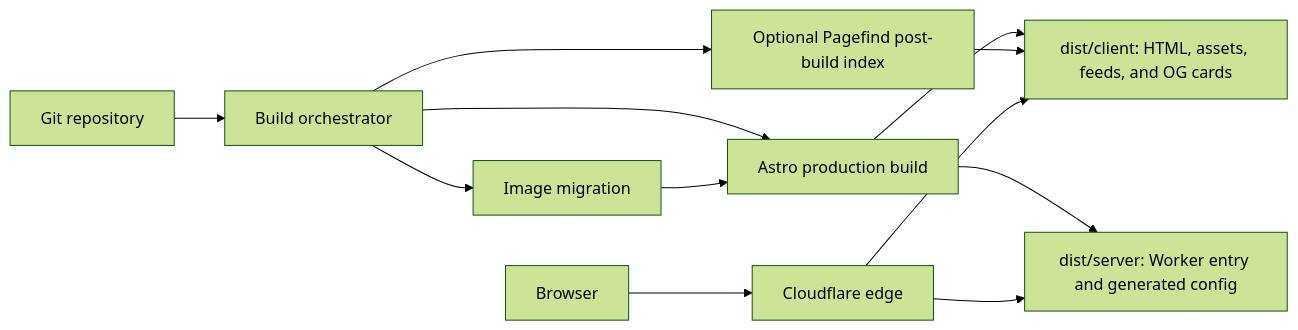
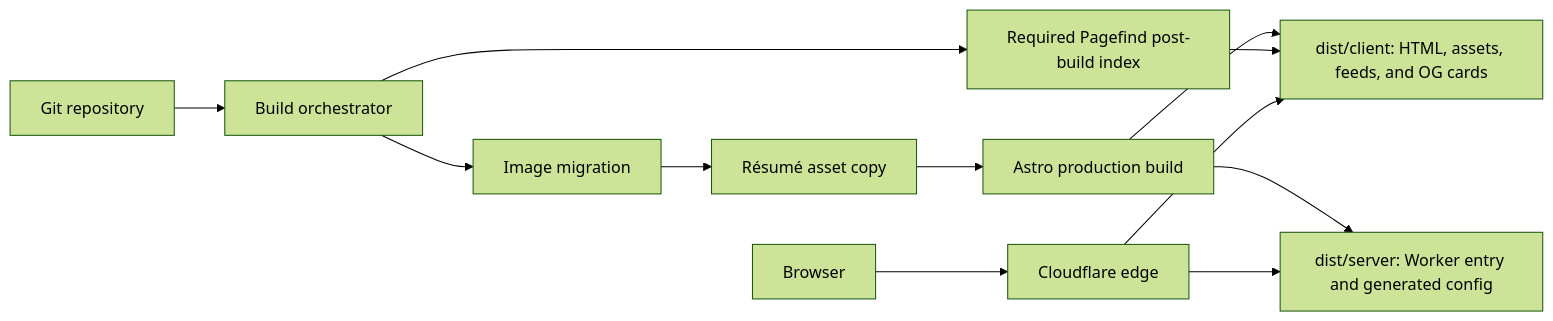
Before and after one commit to piyush97/PiyushMehta.com: the first of 5 diagrams in docs/architecture/system-architecture.md, drawn with Mermaid (forest theme). The commit also changed other lines of this file and 53 other files, not shown here.

````diff
--- a/docs/architecture/system-architecture.md
+++ b/docs/architecture/system-architecture.md
@@ -68,14 +67,14 @@
 ```mermaid
 flowchart LR
   A[Git repository] --> B[Build orchestrator]
   B --> C[Image migration]
-  B --> D[Astro production build]
-  C --> D
+  C --> R[Résumé asset copy]
+  R --> D[Astro production build]
   D --> E[dist/client: HTML, assets, feeds, and OG cards]
-  B --> F[Optional Pagefind post-build index]
+  B --> F[Required Pagefind post-build index]
   F --> E
   D --> G[dist/server: Worker entry and generated config]
   H[Browser] --> I[Cloudflare edge]
   I --> E
   I --> G
 ```
````
